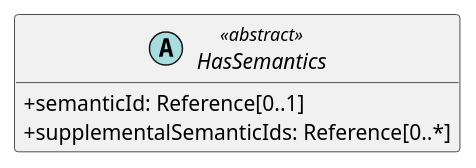
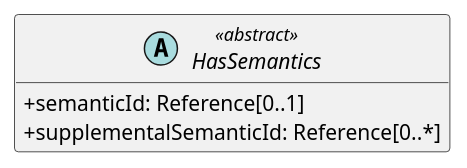
The diagram in output/classes/HasSemantics.puml (zrgt/py2puml), drawn with PlantUML before and after one commit. The commit also changed 52 other files, not shown here.

```diff
--- a/output/classes/HasSemantics.puml
+++ b/output/classes/HasSemantics.puml
@@ -1,9 +1,9 @@
 @startuml
 skinparam classAttributeIconSize 0
 hide methods
 
 abstract class HasSemantics <<abstract>> {
   +semanticId: Reference[0..1] 
-  +supplementalSemanticIds: Reference[0..*] 
+  +supplementalSemanticId: Reference[0..*] 
 }
 @enduml
```
